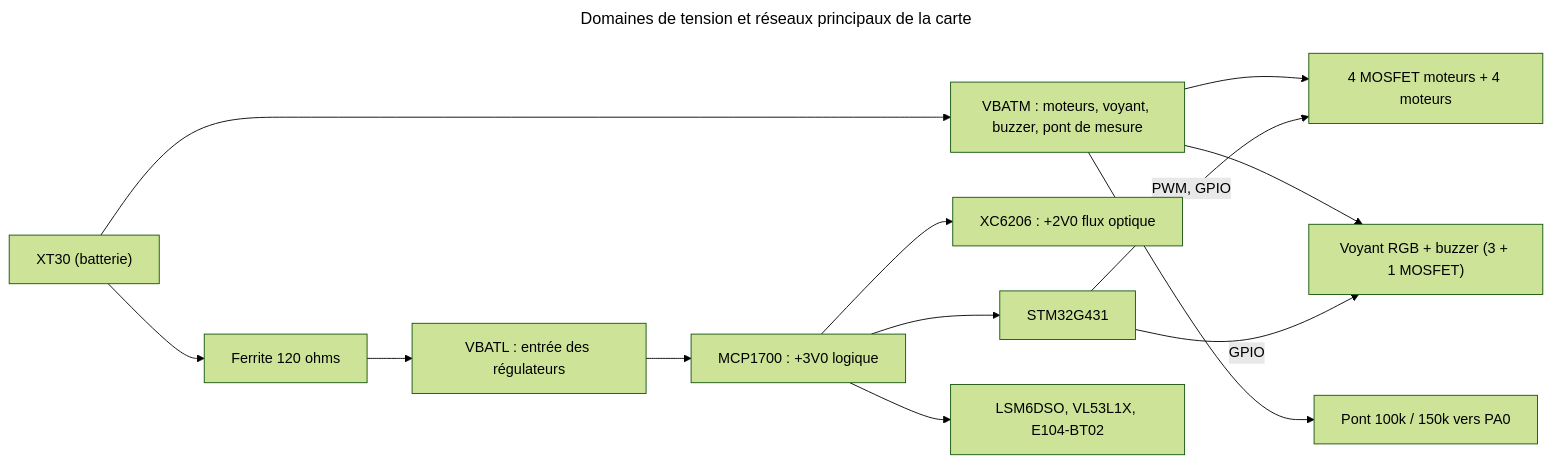
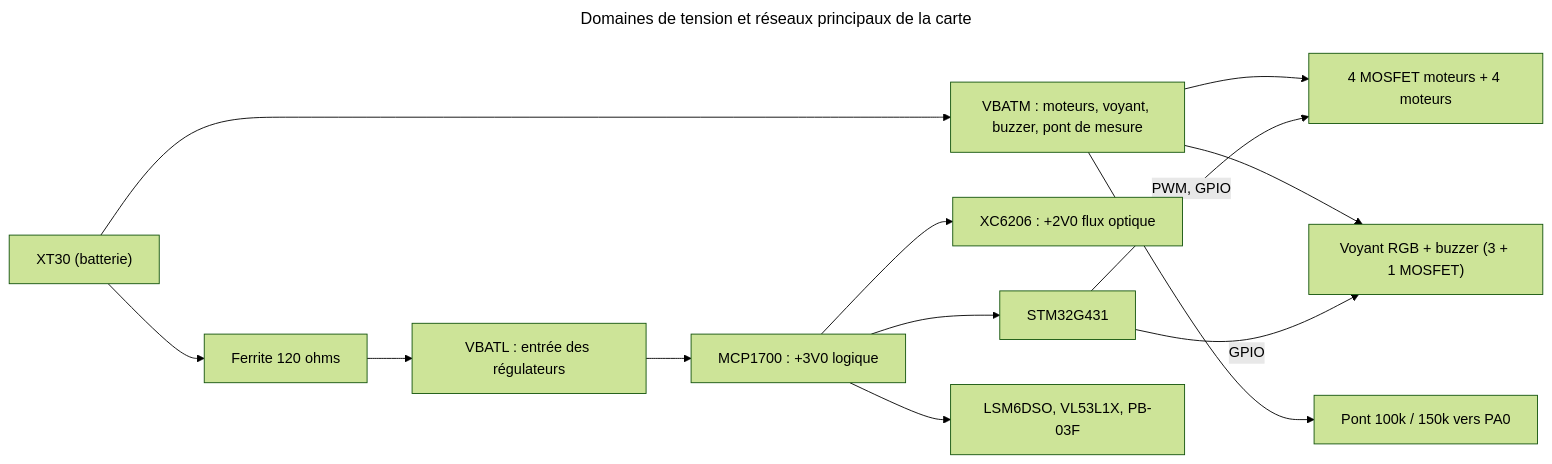
The third of 6 diagrams in projets/boomrone/04-conception-detaillee.md (thourymatthieu-png/coworker_archi_system), drawn with Mermaid (forest theme) before and after one commit. The commit also changed other lines of this file and 10 other files, not shown here.

````diff
--- a/projets/boomrone/04-conception-detaillee.md
+++ b/projets/boomrone/04-conception-detaillee.md
@@ -150,17 +150,17 @@
 ```mermaid
 ---
 title: "Domaines de tension et réseaux principaux de la carte"
 ---
 flowchart LR
     XT["XT30 (batterie)"] --> VBM["VBATM : moteurs, voyant, buzzer, pont de mesure"]
     XT --> FB["Ferrite 120 ohms"] --> VBL["VBATL : entrée des régulateurs"]
     VBL --> L3["MCP1700 : +3V0 logique"]
     L3 --> L2["XC6206 : +2V0 flux optique"]
     L3 --> MCU["STM32G431"]
-    L3 --> CAP["LSM6DSO, VL53L1X, E104-BT02"]
+    L3 --> CAP["LSM6DSO, VL53L1X, PB-03F"]
     VBM --> FET["4 MOSFET moteurs + 4 moteurs"]
     VBM --> OUT["Voyant RGB + buzzer (3 + 1 MOSFET)"]
     VBM --> DIV["Pont 100k / 150k vers PA0"]
     MCU -- "PWM, GPIO" --> FET
     MCU -- "GPIO" --> OUT
 ```
````
